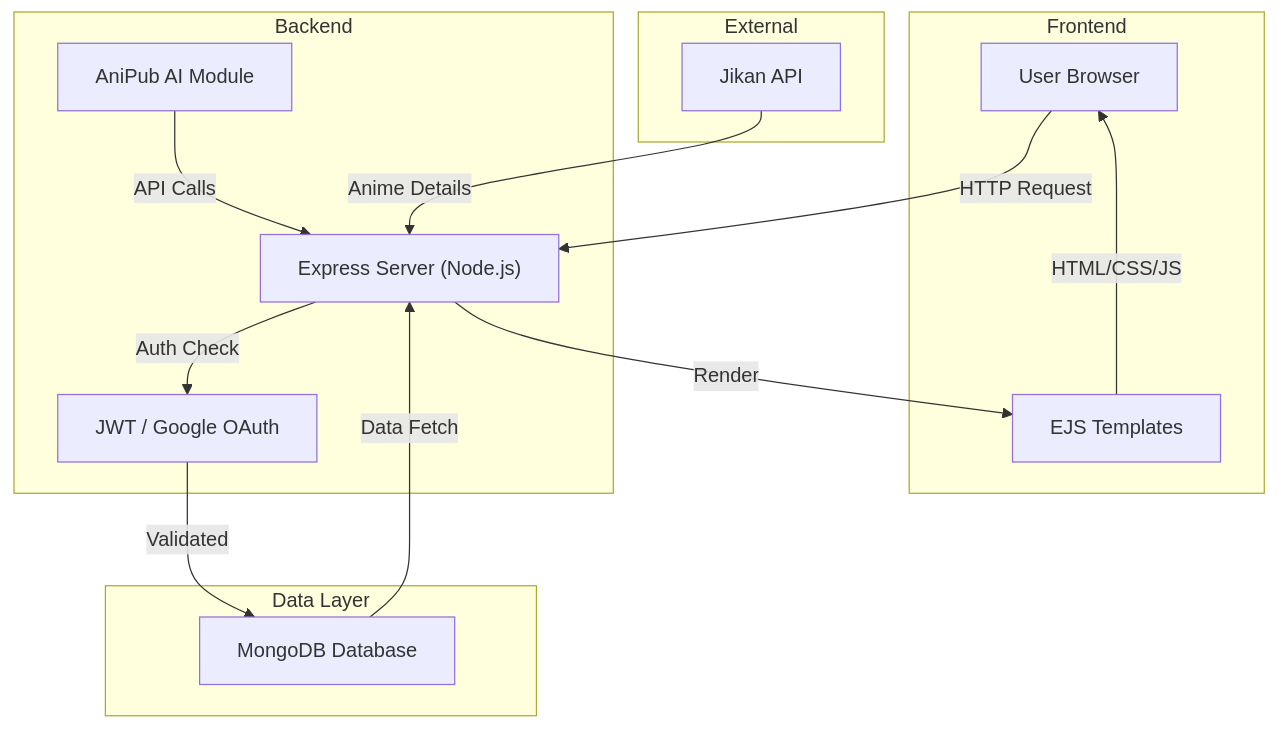
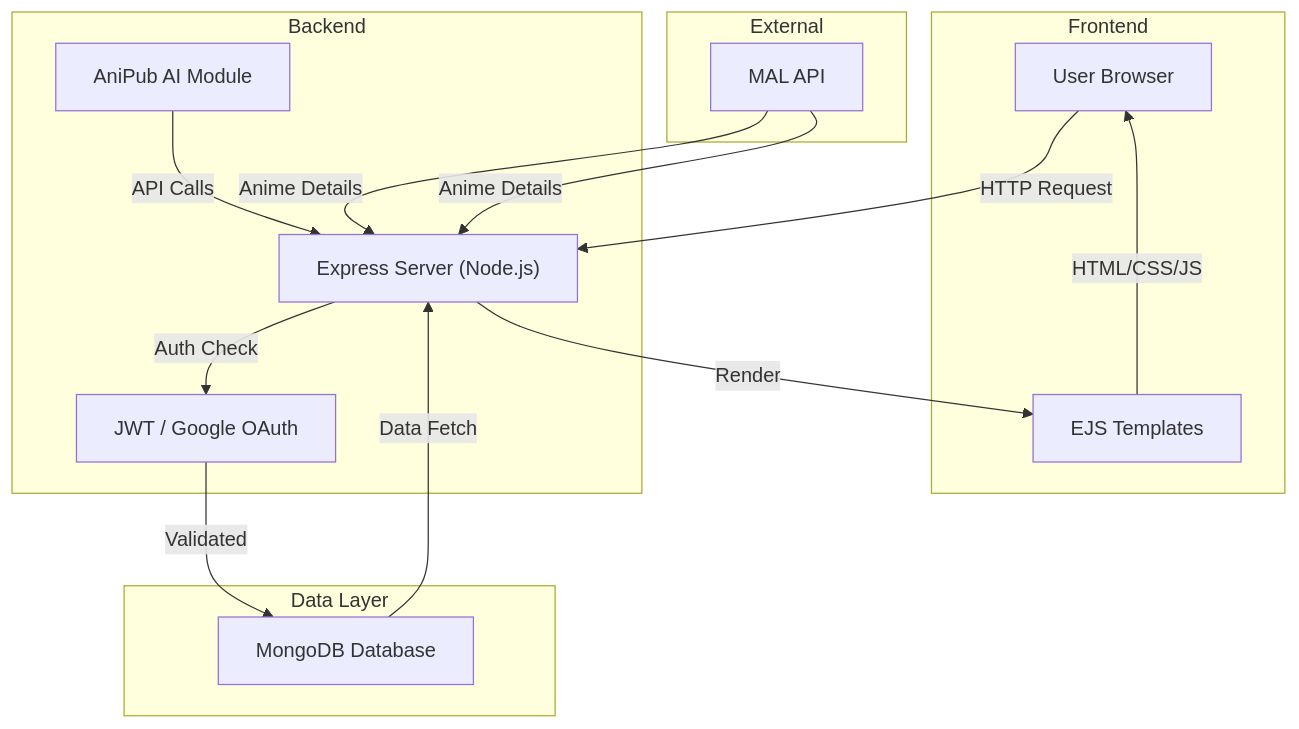
The first of 6 diagrams in README.md (AnimePub/AniPub), drawn with Mermaid before and after one commit.

````diff
--- a/README.md
+++ b/README.md
@@ -77,26 +77,27 @@
 ```mermaid
 graph TD
     A["User Browser"] -->|HTTP Request| B["Express Server (Node.js)"]
     B -->|Auth Check| C["JWT / Google OAuth"]
     C -->|Validated| D["MongoDB Database"]
     D -->|Data Fetch| B
     B -->|Render| E["EJS Templates"]
     E -->|HTML/CSS/JS| A
     F["AniPub AI Module"] -->|API Calls| B
     G["Jikan API"] -->|Anime Details| B
+    G["MAL API"] -->|Anime Details| B
     subgraph "Frontend"
         A
         E
     end
     subgraph "Backend"
         B
         C
         F
     end
     subgraph "Data Layer"
         D
     end
     subgraph "External"
         G
     end
 ```
````
